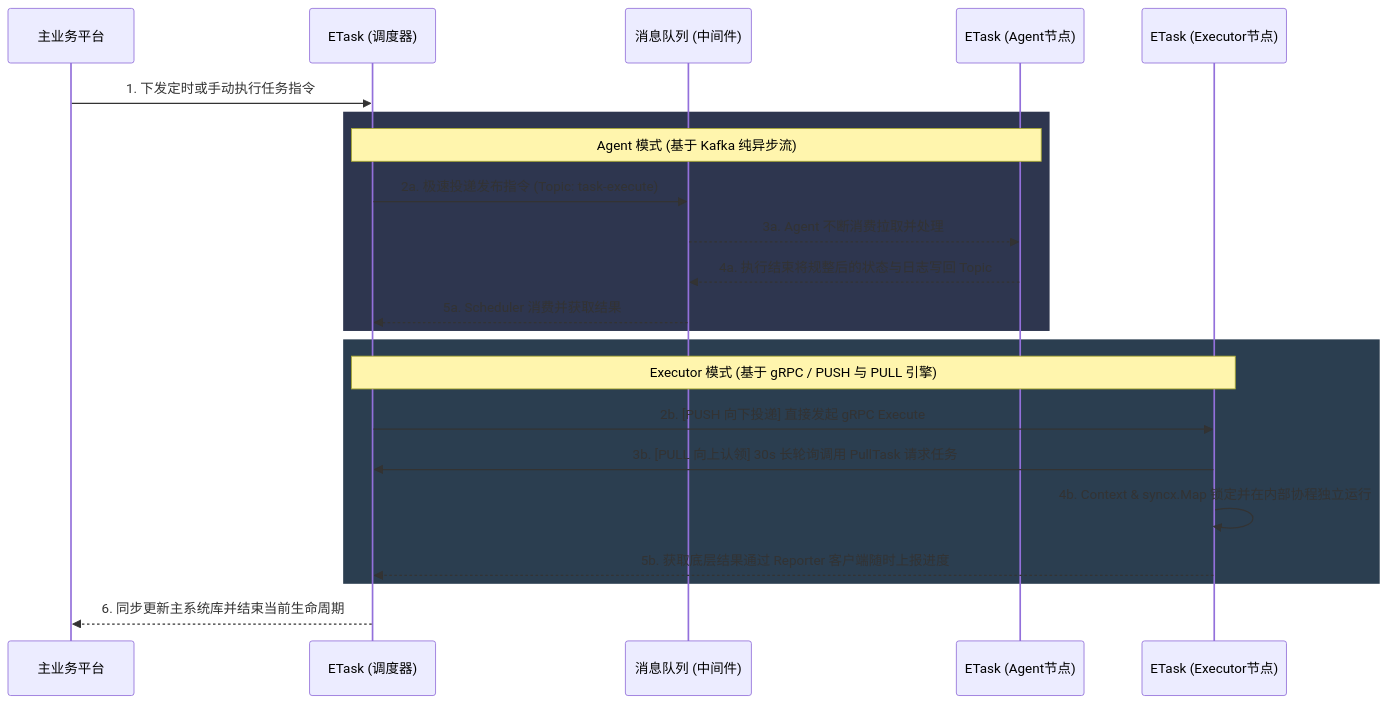
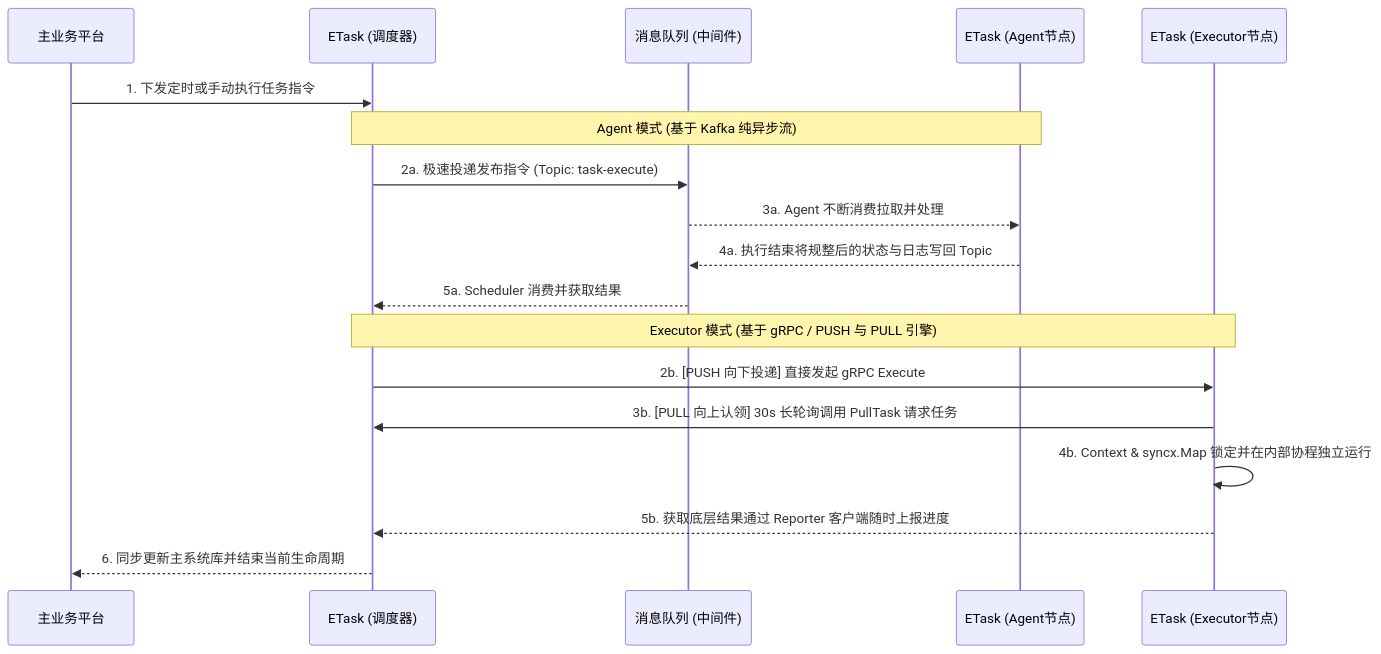
The diagram in README.md (Duke1616/etask), drawn with Mermaid before and after one commit.

Commit message:
docs: 流程图展示效果

````diff
--- a/README.md
+++ b/README.md
@@ -19,28 +19,22 @@
 ```mermaid
-  sequenceDiagram
-      participant ECMDB as 主业务平台
-      participant Scheduler as ETask (调度器)
-      participant Kafka as 消息队列 (中间件)
-      participant Agent as ETask (Agent节点)
-      participant Executor as ETask (Executor节点)
 
-      ECMDB->>Scheduler: 1. 下发定时或手动执行任务指令
-      
-      rect rgb(46, 54, 79)
-      Note over Scheduler,Agent: Agent 模式 (基于 Kafka 纯异步流)
-      Scheduler->>Kafka: 2a. 极速投递发布指令 (Topic: task-execute)
-      Kafka-->>Agent: 3a. Agent 不断消费拉取并处理
-      Agent-->>Kafka: 4a. 执行结束将规整后的状态与日志写回 Topic
-      Kafka-->>Scheduler: 5a. Scheduler 消费并获取结果
-      end
+sequenceDiagram
+    participant ECMDB as 主业务平台
+    participant Scheduler as ETask (调度器)
+    participant Kafka as 消息队列 (中间件)
+    participant Agent as ETask (Agent节点)
+    participant Executor as ETask (Executor节点)
 
-      rect rgb(43, 62, 80)
-      Note over Scheduler,Executor: Executor 模式 (基于 gRPC / PUSH 与 PULL 引擎)
-      Scheduler->>Executor: 2b. [PUSH 向下投递] 直接发起 gRPC Execute
-      Executor->>Scheduler: 3b. [PULL 向上认领] 30s 长轮询调用 PullTask 请求任务
-      Executor->>Executor: 4b. Context & syncx.Map 锁定并在内部协程独立运行
-      Executor-->>Scheduler: 5b. 获取底层结果通过 Reporter 客户端随时上报进度
-      end
-      
-      Scheduler-->>ECMDB: 6. 同步更新主系统库并结束当前生命周期
+    ECMDB->>Scheduler: 1. 下发定时或手动执行任务指令
+    Note over Scheduler,Agent: Agent 模式 (基于 Kafka 纯异步流)
+    Scheduler->>Kafka: 2a. 极速投递发布指令 (Topic: task-execute)
+    Kafka-->>Agent: 3a. Agent 不断消费拉取并处理
+    Agent-->>Kafka: 4a. 执行结束将规整后的状态与日志写回 Topic
+    Kafka-->>Scheduler: 5a. Scheduler 消费并获取结果
+    Note over Scheduler,Executor: Executor 模式 (基于 gRPC / PUSH 与 PULL 引擎)
+    Scheduler->>Executor: 2b. [PUSH 向下投递] 直接发起 gRPC Execute
+    Executor->>Scheduler: 3b. [PULL 向上认领] 30s 长轮询调用 PullTask 请求任务
+    Executor->>Executor: 4b. Context & syncx.Map 锁定并在内部协程独立运行
+    Executor-->>Scheduler: 5b. 获取底层结果通过 Reporter 客户端随时上报进度
+    Scheduler-->>ECMDB: 6. 同步更新主系统库并结束当前生命周期
 ```
````
